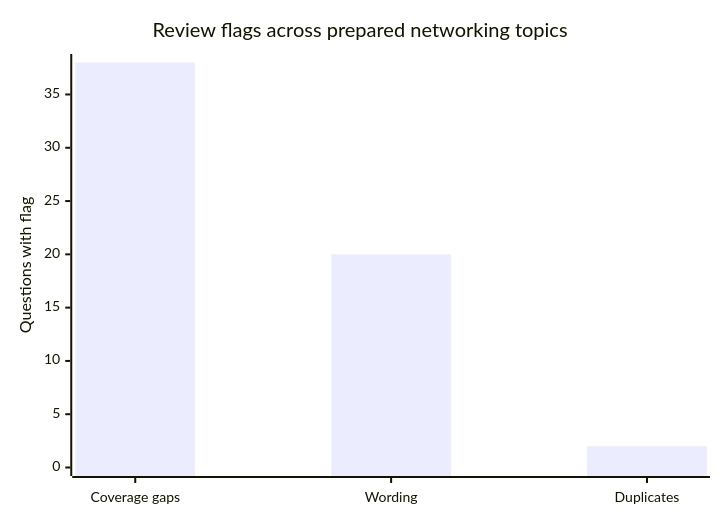
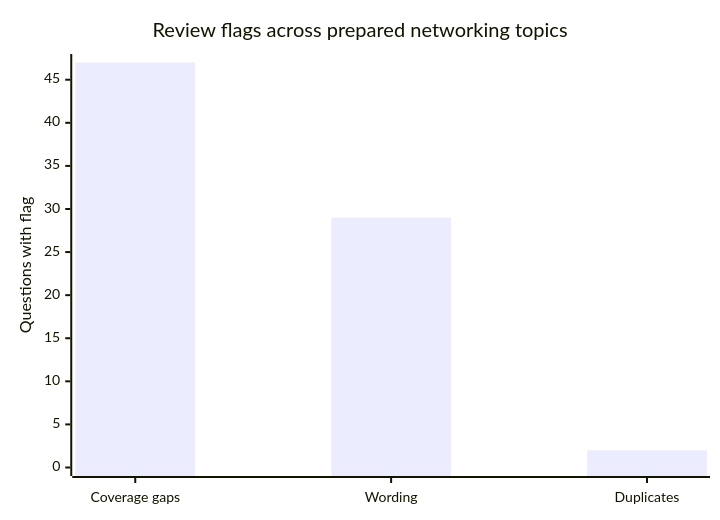
Before and after one commit to Zakoroo/computer_networks: the fifth of 6 diagrams in PROGRESS.md, drawn with Mermaid. The commit also changed other lines of this file and 40 other files, not shown here.

````diff
--- a/PROGRESS.md
+++ b/PROGRESS.md
@@ -62,7 +71,7 @@
 ```mermaid
 xychart-beta
     title "Review flags across prepared networking topics"
     x-axis ["Coverage gaps", "Wording", "Duplicates"]
-    y-axis "Questions with flag" 0 --> 38
-    bar [38, 20, 2]
+    y-axis "Questions with flag" 0 --> 47
+    bar [47, 29, 2]
 ```
````
